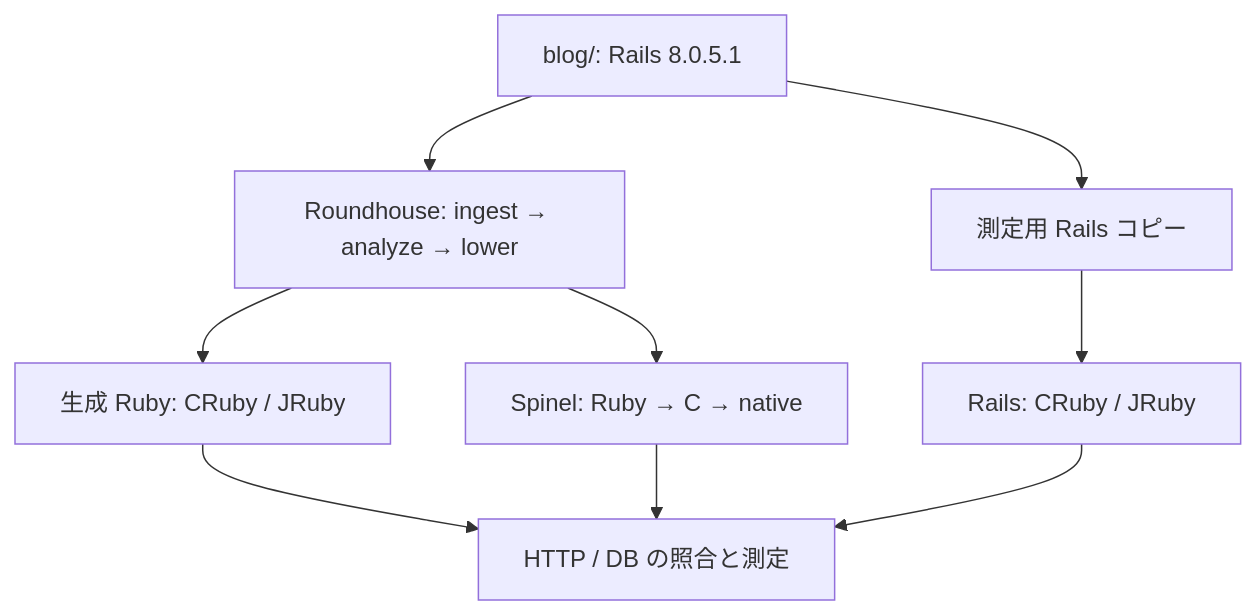
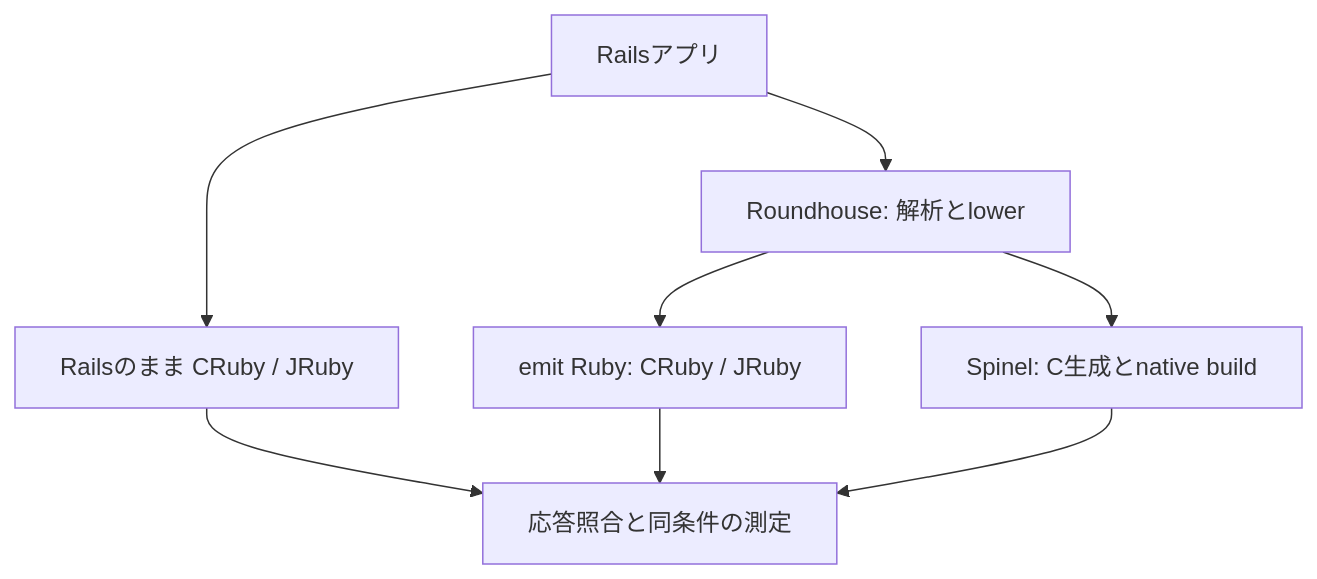
The diagram in docs/roundhouse-rails-jit-aot-report.md (koduki/example-rails-aot), drawn with Mermaid before and after one commit. The commit also changed other lines of this file and 20 other files, not shown here.

````diff
--- a/docs/roundhouse-rails-jit-aot-report.md
+++ b/docs/roundhouse-rails-jit-aot-report.md
@@ -95,11 +25,10 @@
 ```mermaid
 flowchart TD
-    A["blog/: Rails 8.0.5.1"] --> B["測定用 Rails コピー"]
-    A --> C["Roundhouse: ingest → analyze → lower"]
-    C --> D["生成 Ruby: CRuby / JRuby"]
-    C --> E["Spinel: Ruby → C → native"]
-    B --> F["Rails: CRuby / JRuby"]
-    D --> G["HTTP / DB の照合と測定"]
-    E --> G
-    F --> G
+    A["Railsアプリ"] --> B["Railsのまま CRuby / JRuby"]
+    A --> C["Roundhouse: 解析とlower"]
+    C --> D["emit Ruby: CRuby / JRuby"]
+    C --> E["Spinel: C生成とnative build"]
+    B --> F["応答照合と同条件の測定"]
+    D --> F
+    E --> F
 ```
````
